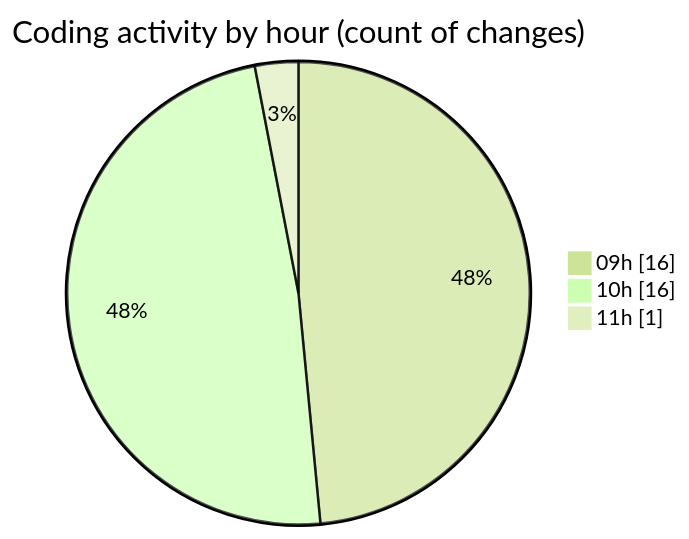
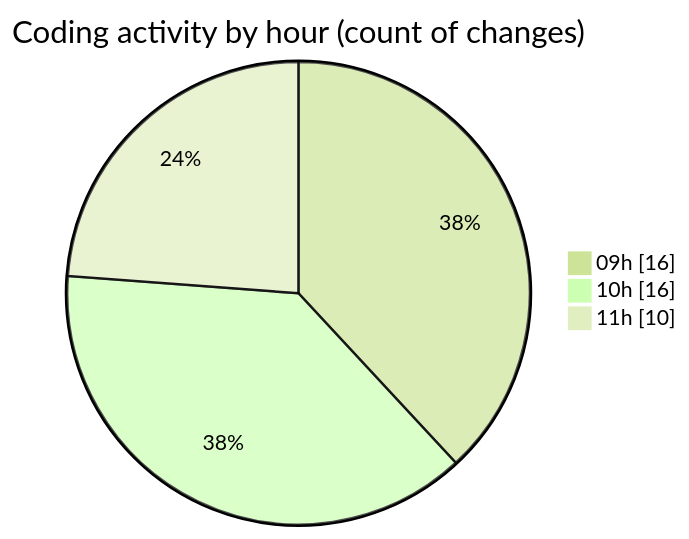
The second of 2 diagrams in 2025-07-04/cda/README.md (momahboobian/code-tracking), drawn with Mermaid (forest theme) before and after one commit. The commit also changed other lines of this file and 1 other file, not shown here.

````diff
--- a/2025-07-04/cda/README.md
+++ b/2025-07-04/cda/README.md
@@ -38,7 +39,7 @@
 ```mermaid
 pie showData
 title Coding activity by hour (count of changes)
 "09h" : 16
 "10h" : 16
-"11h" : 1
+"11h" : 10
 ```
````
